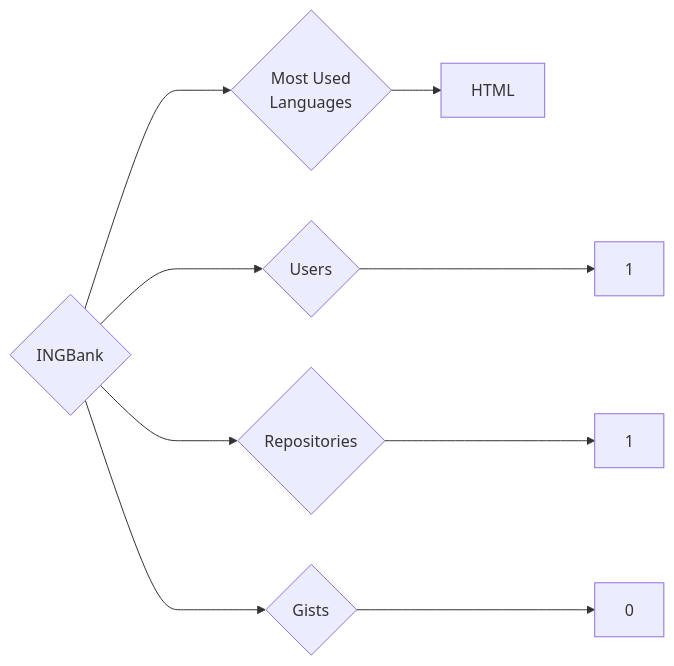
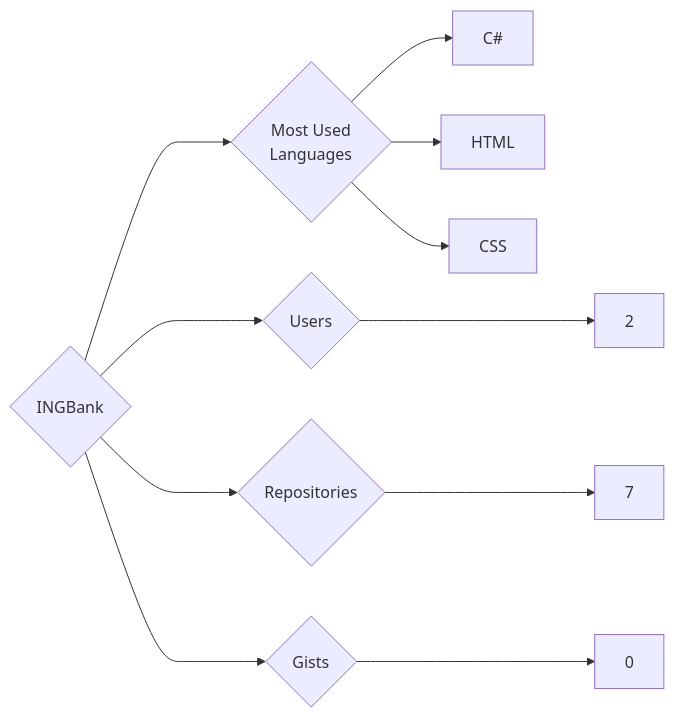
One commit to trickest/insiders changed the diagram in targets/INGBank/README.md. Above: the diagram before and after it, drawn with Mermaid. The commit also changed 872 other files, not shown here.

````diff
--- a/targets/INGBank/README.md
+++ b/targets/INGBank/README.md
@@ -3,9 +3,11 @@
 ```mermaid
 graph LR
 COMPANY_NAME{INGBank}
-COMPANY_NAME ---> U{Users} ---> UN[1]
-COMPANY_NAME ---> R{Repositories} ---> RN[1]
+COMPANY_NAME ---> U{Users} ---> UN[2]
+COMPANY_NAME ---> R{Repositories} ---> RN[7]
 COMPANY_NAME ---> G{Gists} ---> GN[0]
 COMPANY_NAME ---> ML{Most Used<br>Languages}
+ML --> C#[C#]
 ML --> HTML[HTML]
+ML --> CSS[CSS]
 ```
````
